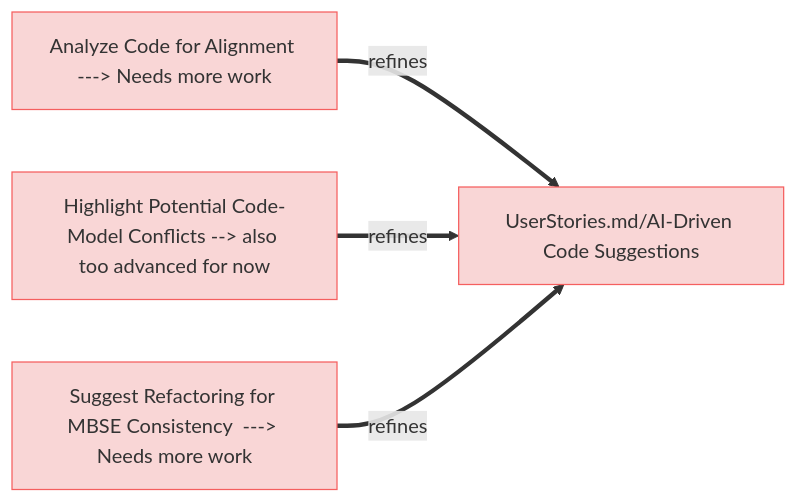
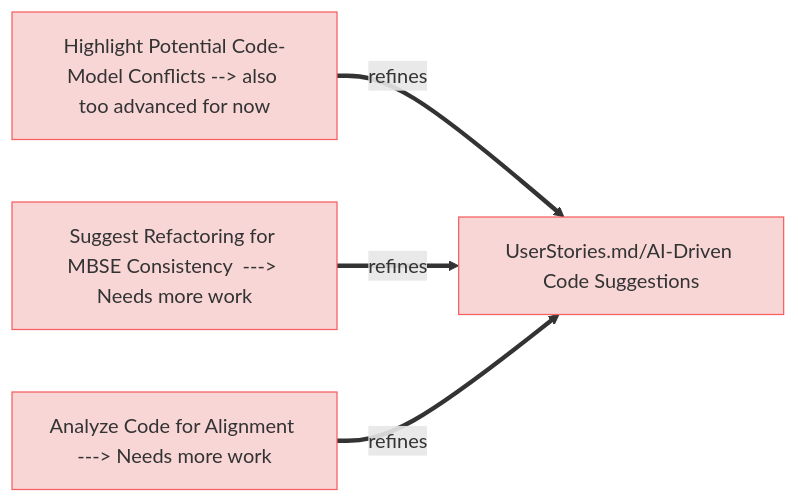
Before and after one commit to reqvire-org/reqvire: the fifth of 10 diagrams in specifications/UserRequirements.md, drawn with Mermaid. The commit also changed other lines of this file and 92 other files, not shown here.

````diff
--- a/specifications/UserRequirements.md
+++ b/specifications/UserRequirements.md
@@ -443,24 +443,24 @@
 ```mermaid
 graph LR;
   %% Graph styling
   classDef requirement fill:#f9d6d6,stroke:#f55f5f,stroke-width:1px;
   classDef verification fill:#d6f9d6,stroke:#5fd75f,stroke-width:1px;
   classDef externalLink fill:#d0e0ff,stroke:#3080ff,stroke-width:1px;
   classDef default fill:#f5f5f5,stroke:#333333,stroke-width:1px;
 
-  e19f1380d9["Analyze Code for Alignment ---> Needs more work"];
-  click e19f1380d9 "UserRequirements.md#analyze-code-for-alignment---->-needs-more-work";
-  class e19f1380d9 requirement;
+  c6d300e51a["Highlight Potential Code-Model Conflicts --> also too advanced for now"];
+  click c6d300e51a "UserRequirements.md#highlight-potential-code-model-conflicts--->-also-too-advanced-for-now";
+  class c6d300e51a requirement;
   a4657fca5a["UserStories.md/AI-Driven Code Suggestions"];
   class a4657fca5a requirement;
   click a4657fca5a "UserStories.md#ai-driven-code-suggestions";
-  e19f1380d9 ==>|refines| a4657fca5a;
-  c6d300e51a["Highlight Potential Code-Model Conflicts --> also too advanced for now"];
-  click c6d300e51a "UserRequirements.md#highlight-potential-code-model-conflicts--->-also-too-advanced-for-now";
-  class c6d300e51a requirement;
   c6d300e51a ==>|refines| a4657fca5a;
   71ba0e325e["Suggest Refactoring for MBSE Consistency  ---> Needs more work"];
   click 71ba0e325e "UserRequirements.md#suggest-refactoring-for-mbse-consistency----->-needs-more-work";
   class 71ba0e325e requirement;
   71ba0e325e ==>|refines| a4657fca5a;
+  e19f1380d9["Analyze Code for Alignment ---> Needs more work"];
+  click e19f1380d9 "UserRequirements.md#analyze-code-for-alignment---->-needs-more-work";
+  class e19f1380d9 requirement;
+  e19f1380d9 ==>|refines| a4657fca5a;
 ```
````
